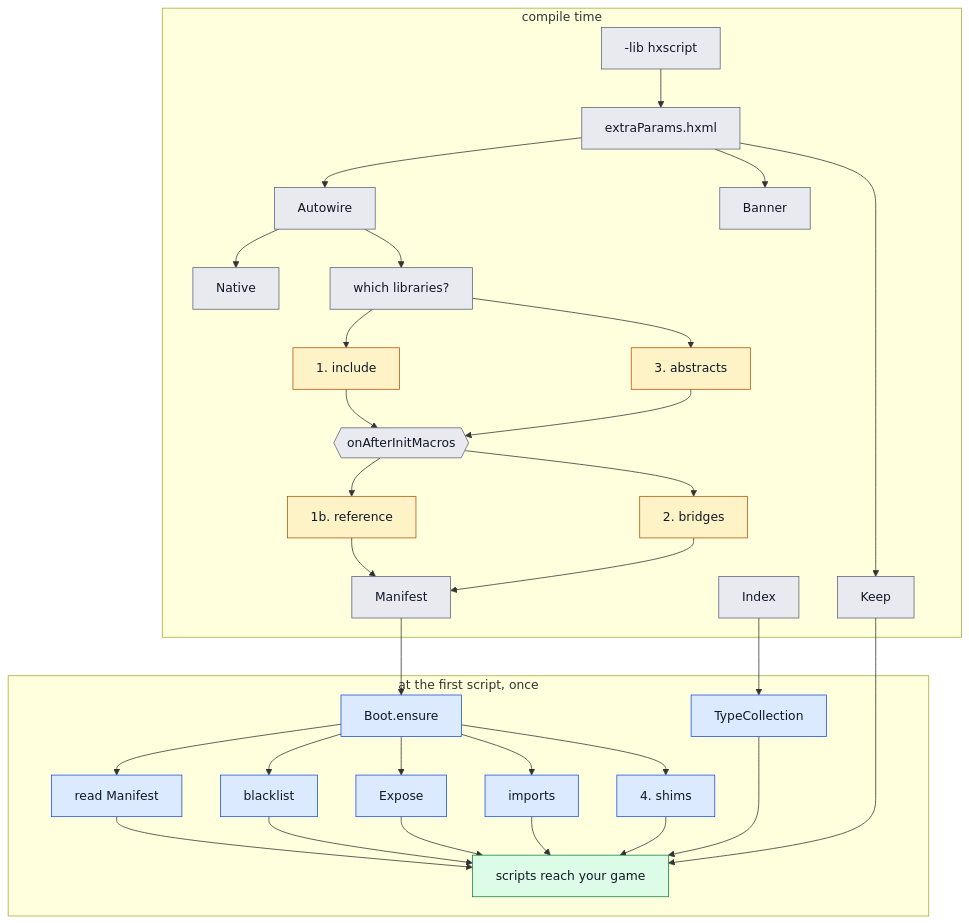
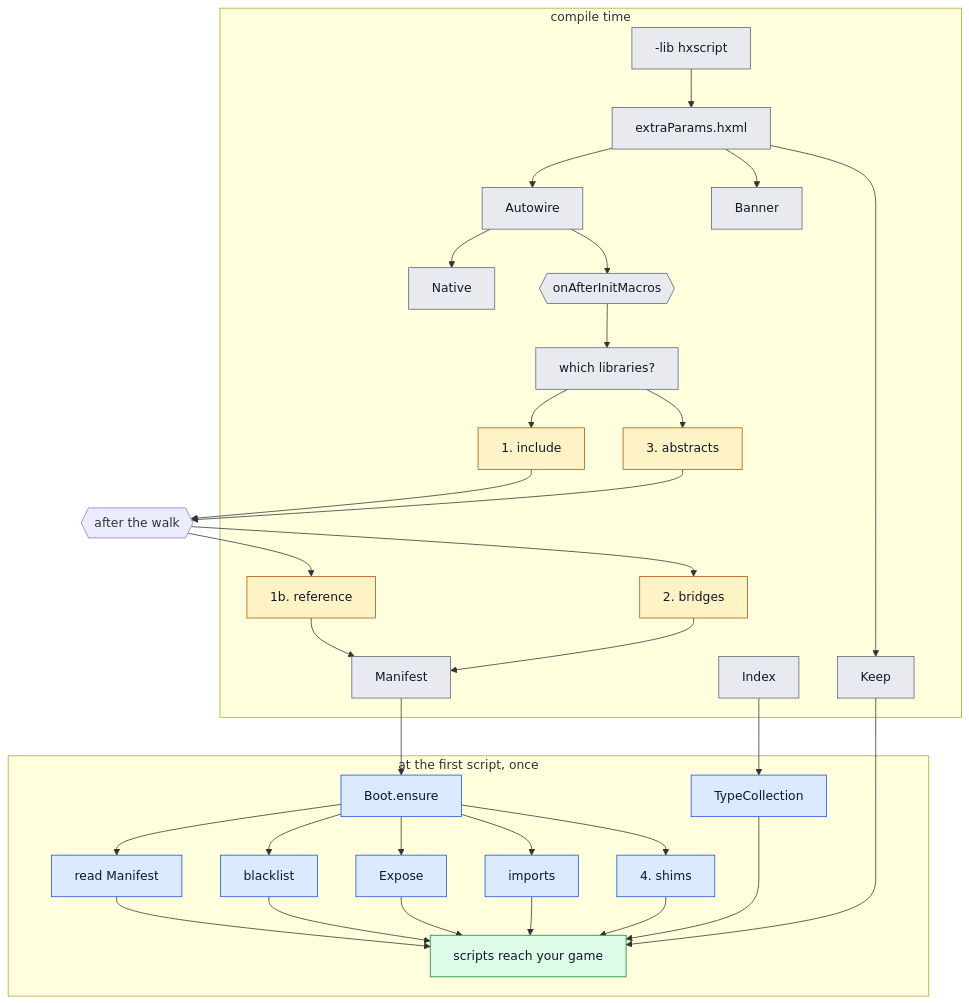
Before and after one commit to MeguminBOT/hxscript: the first of 2 diagrams in docs/how-it-works.md, drawn with Mermaid. The commit also changed 6 other files, not shown here.

```diff
--- a/docs/how-it-works.md
+++ b/docs/how-it-works.md
@@ -60,16 +60,18 @@
     ep --> ban["Banner"]
 
     aw --> nat["Native"]
-    aw --> pick["which libraries?"]
+    aw --> after{{"onAfterInitMacros"}}
+
+    after --> pick["which libraries?"]
 
     pick --> s1["1. include"]
     pick --> s3["3. abstracts"]
 
-    s1 --> after{{"onAfterInitMacros"}}
-    s3 --> after
+    s1 --> walked{{"after the walk"}}
+    s3 --> walked
 
-    after --> ref["1b. reference"]
-    after --> s2["2. bridges"]
+    walked --> ref["1b. reference"]
+    walked --> s2["2. bridges"]
 
     ref --> man["Manifest"]
     s2 --> man
```
